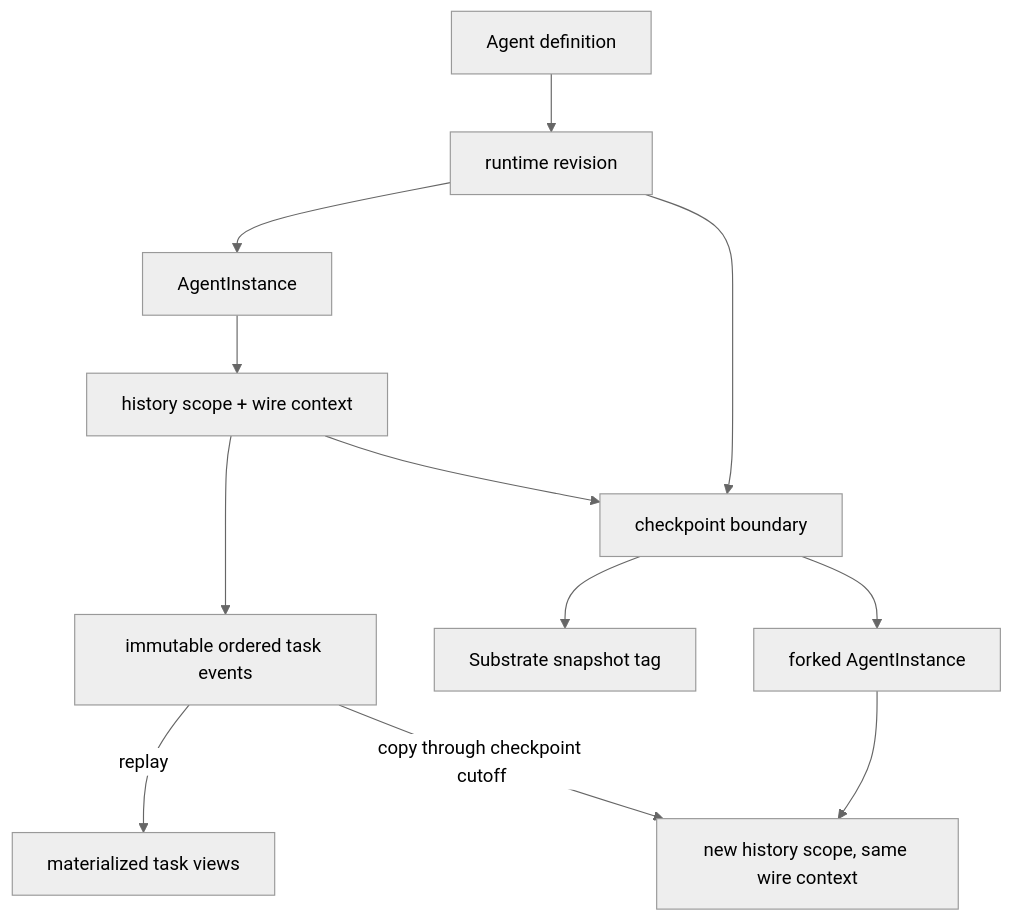
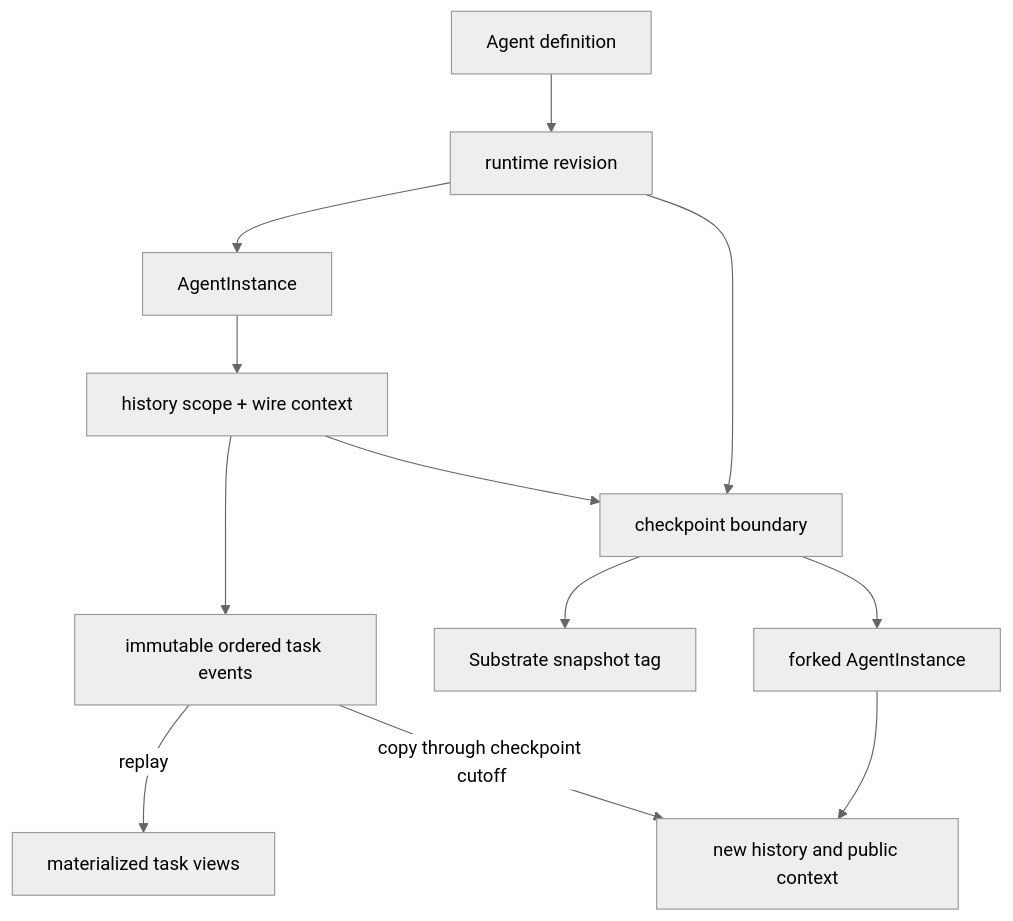
One commit to kagent-dev/kagent changed the diagram in docs/architecture/persistence-checkpoints-and-forks.md. Above: the diagram before and after it, drawn with Mermaid (neutral theme). The commit also changed other lines of this file and 55 other files, not shown here.

````diff
--- a/docs/architecture/persistence-checkpoints-and-forks.md
+++ b/docs/architecture/persistence-checkpoints-and-forks.md
@@ -39,14 +37,14 @@
 ```mermaid
 flowchart TD
     AGENT[Agent definition] --> REV[runtime revision]
     REV --> INSTANCE[AgentInstance]
     INSTANCE --> CONTEXT[history scope + wire context]
     CONTEXT --> EVENT[immutable ordered task events]
     EVENT -->|replay| TASK[materialized task views]
     CONTEXT --> CHECKPOINT[checkpoint boundary]
     REV --> CHECKPOINT
     CHECKPOINT --> TAG[Substrate snapshot tag]
     CHECKPOINT --> FORK[forked AgentInstance]
-    FORK --> NEWCTX[new history scope, same wire context]
+    FORK --> NEWCTX[new history and public context]
     EVENT -->|copy through checkpoint cutoff| NEWCTX
 ```
````
